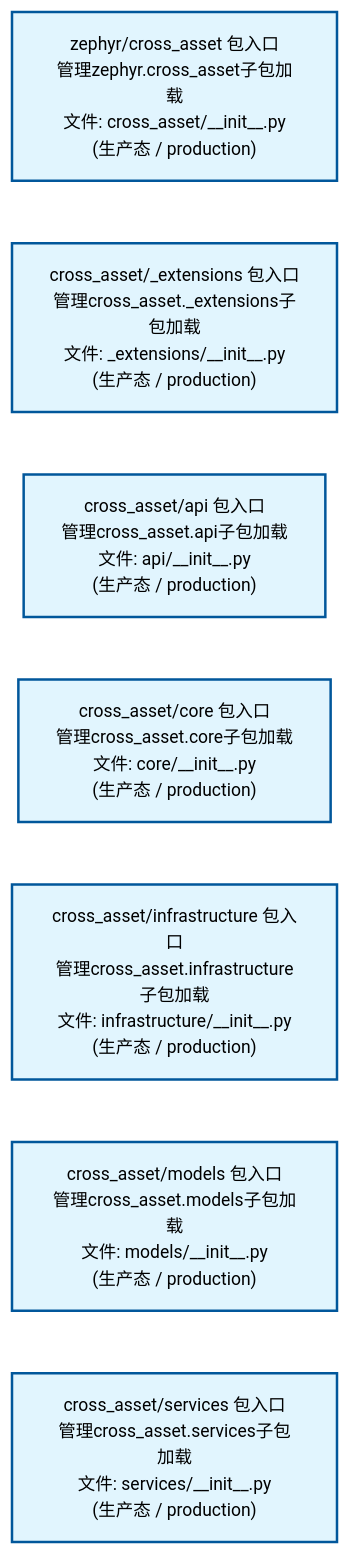
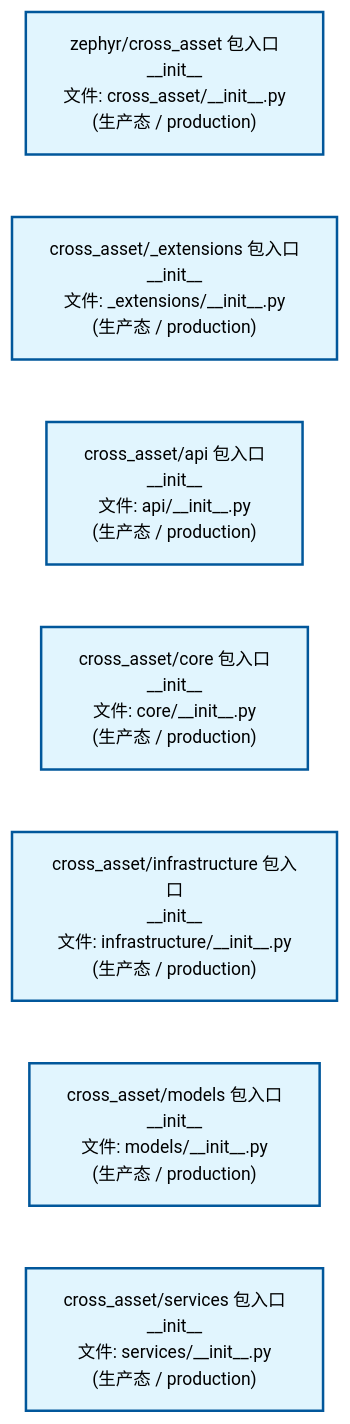
The second of 2 diagrams in docs/02_enterprise_architecture/02_domain_architecture_docs/40_d_cross_asset.md (xuanFelixVan/ZephyrAlpha), drawn with Mermaid before and after one commit. The commit also changed other lines of this file and 56 other files, not shown here.

````diff
--- a/docs/02_enterprise_architecture/02_domain_architecture_docs/40_d_cross_asset.md
+++ b/docs/02_enterprise_architecture/02_domain_architecture_docs/40_d_cross_asset.md
@@ -80,22 +80,22 @@
 ```mermaid
 %%{init: {'theme': 'base', 'themeVariables': {'primaryColor': '#eaeaea', 'primaryTextColor': '#333333', 'primaryBorderColor': '#666666', 'lineColor': '#666666', 'secondaryColor': '#eaeaea', 'tertiaryColor': '#eaeaea', 'fontSize': '14px'}}}%%
 flowchart TD
-    src_zephyr_cross_asset_init_py["zephyr/cross_asset 包入口<br/>管理zephyr.cross_asset子包加载<br/>文件: cross_asset/__init__.py<br/>(生产态 / production)"]
-    src_zephyr_cross_asset_extensions_init_py["cross_asset/_extensions 包入口<br/>管理cross_asset._extensions子包加载<br/>文件: _extensions/__init__.py<br/>(生产态 / production)"]
-    src_zephyr_cross_asset_api_init_py["cross_asset/api 包入口<br/>管理cross_asset.api子包加载<br/>文件: api/__init__.py<br/>(生产态 / production)"]
-    src_zephyr_cross_asset_core_init_py["cross_asset/core 包入口<br/>管理cross_asset.core子包加载<br/>文件: core/__init__.py<br/>(生产态 / production)"]
-    src_zephyr_cross_asset_infrastructure_init_py["cross_asset/infrastructure 包入口<br/>管理cross_asset.infrastructure子包加载<br/>文件: infrastructure/__init__.py<br/>(生产态 / production)"]
-    src_zephyr_cross_asset_models_init_py["cross_asset/models 包入口<br/>管理cross_asset.models子包加载<br/>文件: models/__init__.py<br/>(生产态 / production)"]
-    src_zephyr_cross_asset_services_init_py["cross_asset/services 包入口<br/>管理cross_asset.services子包加载<br/>文件: services/__init__.py<br/>(生产态 / production)"]
+    src_zephyr_cross_asset_init_py["zephyr/cross_asset 包入口<br/>__init__<br/>文件: cross_asset/__init__.py<br/>(生产态 / production)"]
+    src_zephyr_cross_asset_extensions_init_py["cross_asset/_extensions 包入口<br/>__init__<br/>文件: _extensions/__init__.py<br/>(生产态 / production)"]
+    src_zephyr_cross_asset_api_init_py["cross_asset/api 包入口<br/>__init__<br/>文件: api/__init__.py<br/>(生产态 / production)"]
+    src_zephyr_cross_asset_core_init_py["cross_asset/core 包入口<br/>__init__<br/>文件: core/__init__.py<br/>(生产态 / production)"]
+    src_zephyr_cross_asset_infrastructure_init_py["cross_asset/infrastructure 包入口<br/>__init__<br/>文件: infrastructure/__init__.py<br/>(生产态 / production)"]
+    src_zephyr_cross_asset_models_init_py["cross_asset/models 包入口<br/>__init__<br/>文件: models/__init__.py<br/>(生产态 / production)"]
+    src_zephyr_cross_asset_services_init_py["cross_asset/services 包入口<br/>__init__<br/>文件: services/__init__.py<br/>(生产态 / production)"]
     src_zephyr_cross_asset_init_py ~~~ src_zephyr_cross_asset_extensions_init_py
     src_zephyr_cross_asset_extensions_init_py ~~~ src_zephyr_cross_asset_api_init_py
     src_zephyr_cross_asset_api_init_py ~~~ src_zephyr_cross_asset_core_init_py
     src_zephyr_cross_asset_core_init_py ~~~ src_zephyr_cross_asset_infrastructure_init_py
     src_zephyr_cross_asset_infrastructure_init_py ~~~ src_zephyr_cross_asset_models_init_py
     src_zephyr_cross_asset_models_init_py ~~~ src_zephyr_cross_asset_services_init_py
     classDef production fill:#e1f5fe,stroke:#01579b,stroke-width:2px,color:#000
     classDef design fill:#fff3e0,stroke:#e65100,stroke-width:2px,color:#000,stroke-dasharray: 5 5
     classDef external_prod fill:#e8f4fd,stroke:#0277bd,stroke-width:1px,color:#000
     classDef external_design fill:#fff8e7,stroke:#ef6c00,stroke-width:1px,color:#000,stroke-dasharray: 5 5
     class src_zephyr_cross_asset_init_py,src_zephyr_cross_asset_extensions_init_py,src_zephyr_cross_asset_api_init_py,src_zephyr_cross_asset_core_init_py,src_zephyr_cross_asset_infrastructure_init_py,src_zephyr_cross_asset_models_init_py,src_zephyr_cross_asset_services_init_py production
 ```
````
